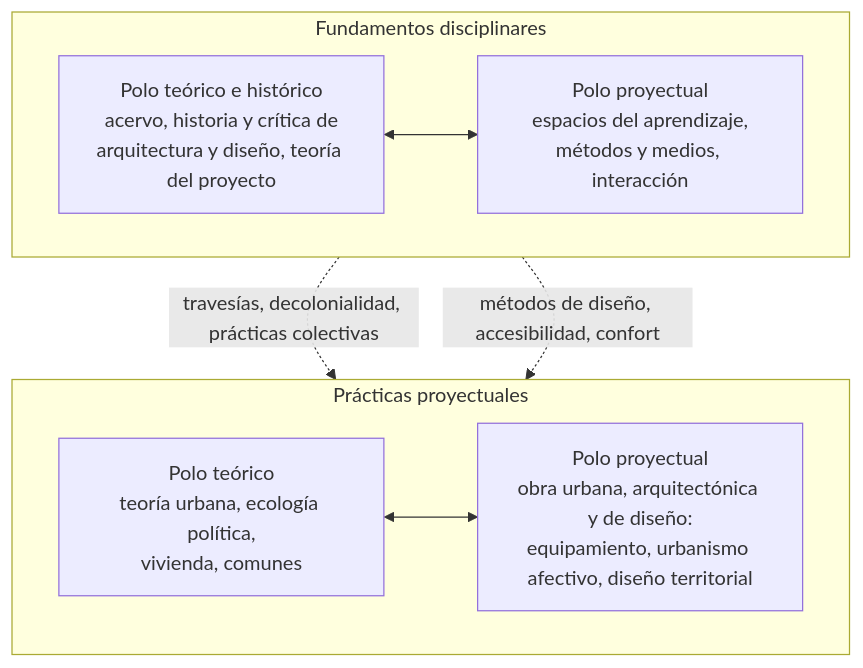
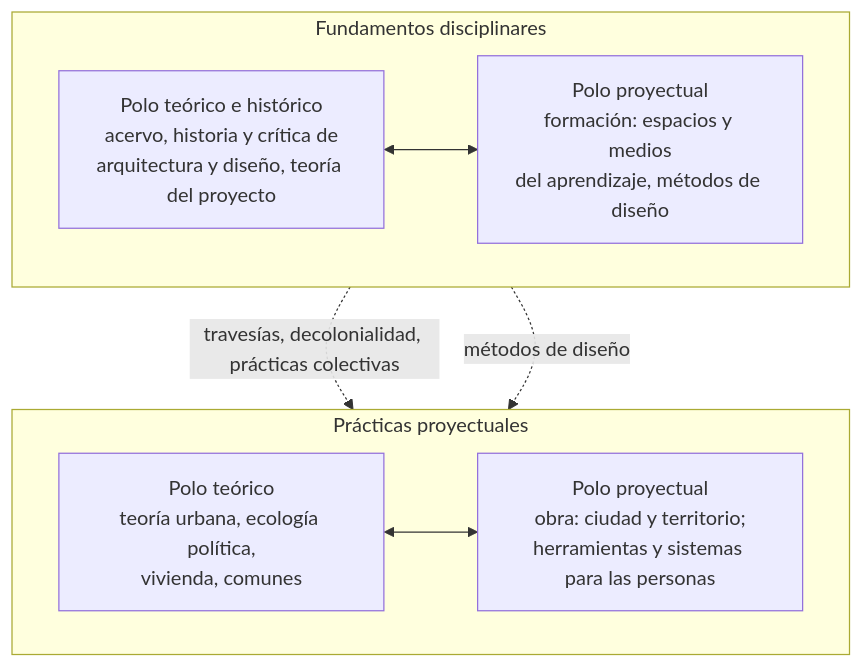
Before and after one commit to eadpucv/investigacion-ead: the second of 3 diagrams in doctorado-programa.md, drawn with Mermaid. The commit also changed other lines of this file and 54 other files, not shown here.

````diff
--- a/doctorado-programa.md
+++ b/doctorado-programa.md
@@ -94,17 +94,17 @@
 ```mermaid
 flowchart TB
     subgraph L1[Fundamentos disciplinares]
         direction LR
         T1[Polo teórico e histórico<br/>acervo, historia y crítica de<br/>arquitectura y diseño, teoría del proyecto]
-        P1[Polo proyectual<br/>espacios del aprendizaje,<br/>métodos y medios, interacción]
+        P1[Polo proyectual<br/>formación: espacios y medios<br/>del aprendizaje, métodos de diseño]
         T1 <--> P1
     end
     subgraph L2[Prácticas proyectuales]
         direction LR
         T2[Polo teórico<br/>teoría urbana, ecología política,<br/>vivienda, comunes]
-        P2[Polo proyectual<br/>obra urbana, arquitectónica y de diseño:<br/>equipamiento, urbanismo afectivo, diseño territorial]
+        P2[Polo proyectual<br/>obra: ciudad y territorio;<br/>herramientas y sistemas para las personas]
         T2 <--> P2
     end
     T1 -. travesías, decolonialidad, prácticas colectivas .-> T2
-    P1 -. métodos de diseño, accesibilidad, confort .-> P2
+    P1 -. métodos de diseño .-> P2
 ```
````
